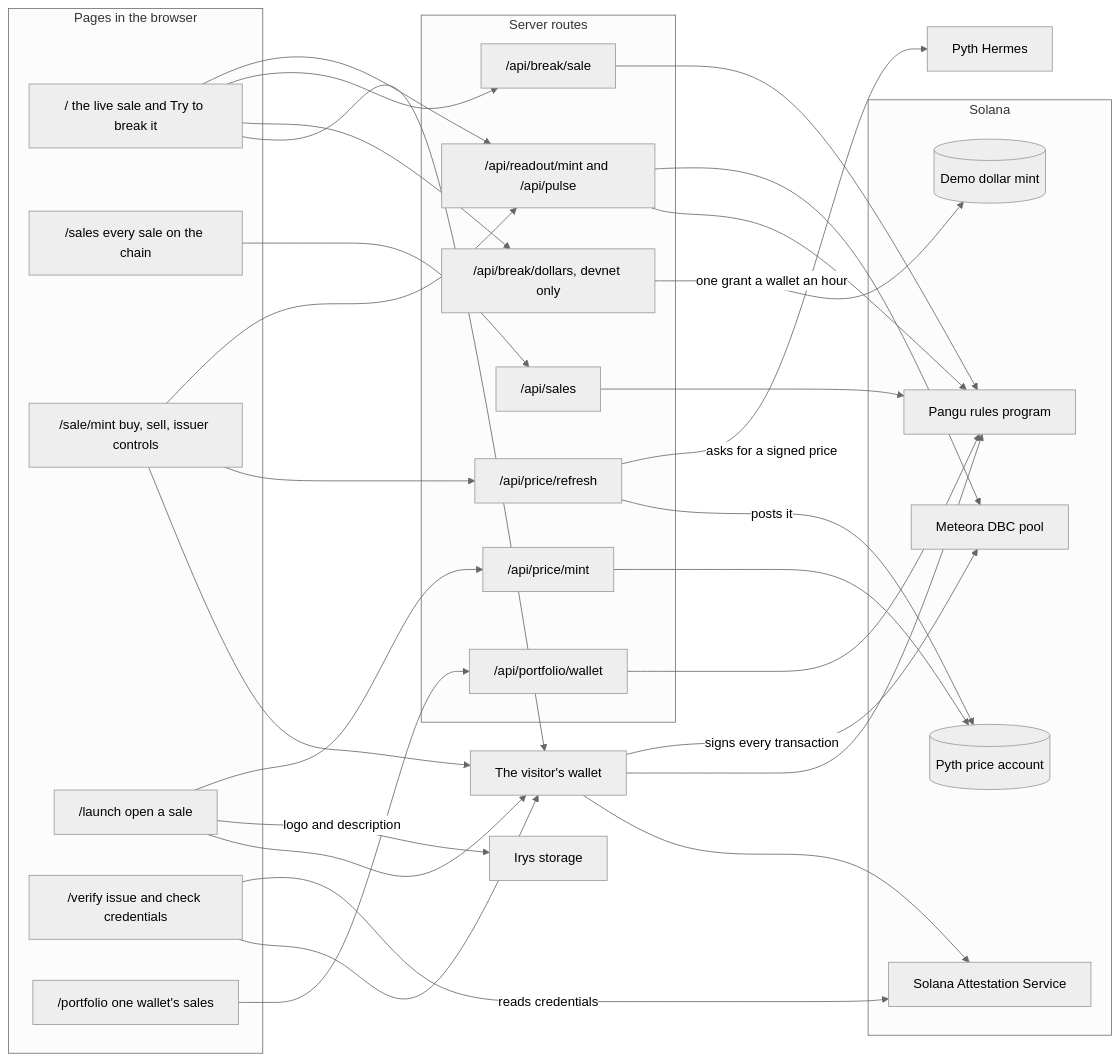
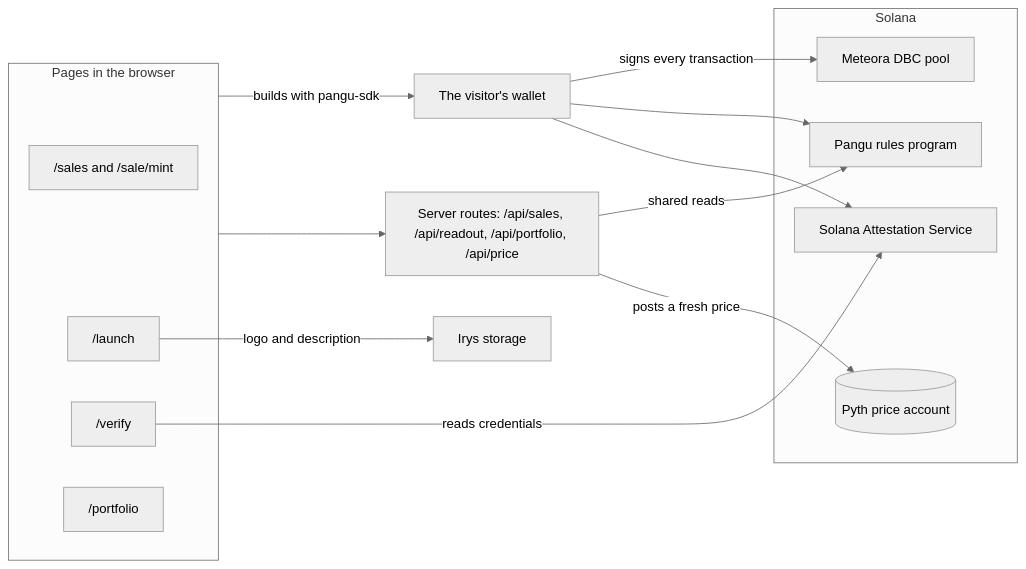
The third of 3 diagrams in README.md (ramakrishnanhulk20/Pangu), drawn with Mermaid (neutral theme) before and after one commit. The commit also changed other lines of this file and 4 other files, not shown here.

````diff
--- a/README.md
+++ b/README.md
@@ -252,63 +152,26 @@
 ```mermaid
 flowchart LR
     subgraph Pages[Pages in the browser]
-        Front["/ the live sale and Try to break it"]
-        SalesPage["/sales every sale on the chain"]
-        SalePage["/sale/mint buy, sell, issuer controls"]
-        LaunchPage["/launch open a sale"]
-        VerifyPage["/verify issue and check credentials"]
-        PortfolioPage["/portfolio one wallet's sales"]
+        Sales["/sales and /sale/mint"]
+        Launch["/launch"]
+        Verify["/verify"]
+        Portfolio["/portfolio"]
     end
-
     Wallet[The visitor's wallet]
-
-    subgraph Routes[Server routes]
-        Directory["/api/sales"]
-        Readout["/api/readout/mint and /api/pulse"]
-        BreakSale["/api/break/sale"]
-        Holdings["/api/portfolio/wallet"]
-        Price["/api/price/mint"]
-        Refresh["/api/price/refresh"]
-        Dollars["/api/break/dollars, devnet only"]
-    end
-
+    Routes["Server routes: /api/sales, /api/readout, /api/portfolio, /api/price"]
     subgraph Chain[Solana]
-        PanguProgram[Pangu rules program]
+        Pangu[Pangu rules program]
         DBC[Meteora DBC pool]
         SAS[Solana Attestation Service]
-        PythAccount[(Pyth price account)]
-        DemoDollar[(Demo dollar mint)]
+        Pyth[(Pyth price account)]
     end
-
-    Irys[Irys storage]
-    Hermes[Pyth Hermes]
-
-    Front --> Readout
-    Front --> BreakSale
-    Front --> Dollars
-    SalesPage --> Directory
-    SalePage --> Readout
-    SalePage --> Refresh
-    PortfolioPage --> Holdings
-    LaunchPage --> Price
-    LaunchPage -->|logo and description| Irys
-    VerifyPage -->|reads credentials| SAS
-
-    Front --> Wallet
-    SalePage --> Wallet
-    LaunchPage --> Wallet
-    VerifyPage --> Wallet
+    Pages -->|builds with pangu-sdk| Wallet
     Wallet -->|signs every transaction| DBC
-    Wallet --> PanguProgram
+    Wallet --> Pangu
     Wallet --> SAS
-
-    Directory --> PanguProgram
-    Readout --> DBC
-    Readout --> PanguProgram
-    BreakSale --> PanguProgram
-    Holdings --> PanguProgram
-    Price --> PythAccount
-    Refresh -->|asks for a signed price| Hermes
-    Refresh -->|posts it| PythAccount
-    Dollars -->|one grant a wallet an hour| DemoDollar
+    Pages --> Routes
+    Routes -->|shared reads| Pangu
+    Routes -->|posts a fresh price| Pyth
+    Launch -->|logo and description| Irys[Irys storage]
+    Verify -->|reads credentials| SAS
 ```
````
